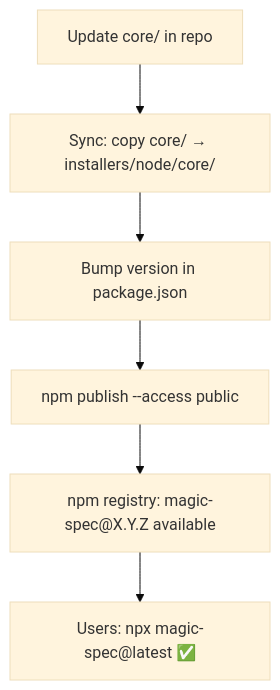
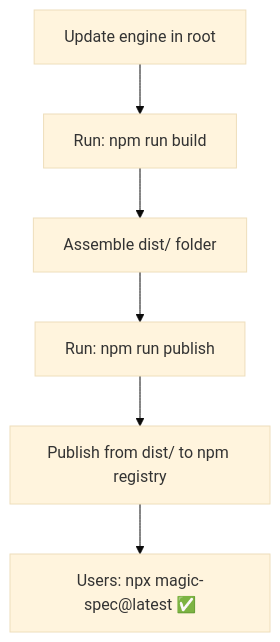
Before and after one commit to teratron/magic-spec: the diagram in .design/specifications/distribution-npm.md, drawn with Mermaid (base theme). The commit also changed other lines of this file and 7 other files, not shown here.

Commit message:
feat: Establish initial project architecture, design specifications, and Node/Python installer infrastructure.

````diff
--- a/.design/specifications/distribution-npm.md
+++ b/.design/specifications/distribution-npm.md
@@ -69,8 +76,8 @@
 ```mermaid
 graph TD
-    A["Update core/ in repo"] --> B["Sync: copy core/ → installers/node/core/"]
-    B --> C["Bump version in package.json"]
-    C --> D["npm publish --access public"]
-    D --> E["npm registry: magic-spec@X.Y.Z available"]
+    A["Update engine in root"] --> B["Run: npm run build"]
+    B --> C["Assemble dist/ folder"]
+    C --> D["Run: npm run publish"]
+    D --> E["Publish from dist/ to npm registry"]
     E --> F["Users: npx magic-spec@latest ✅"]
 ```
````
